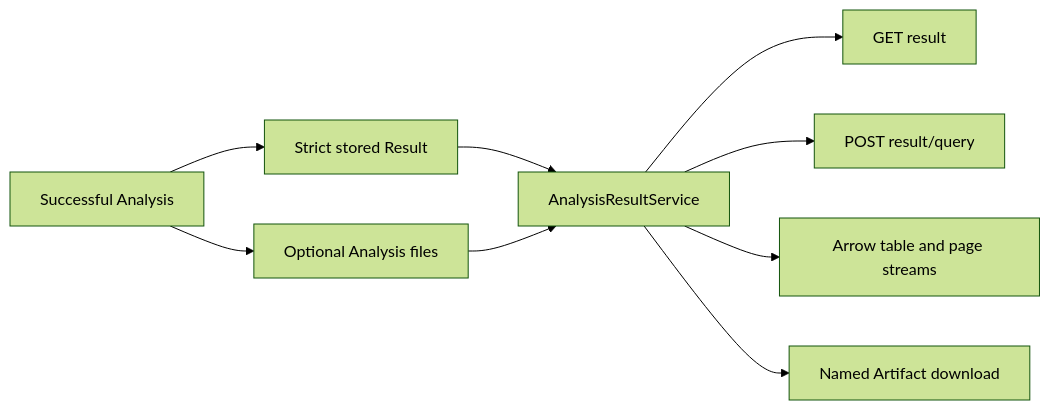
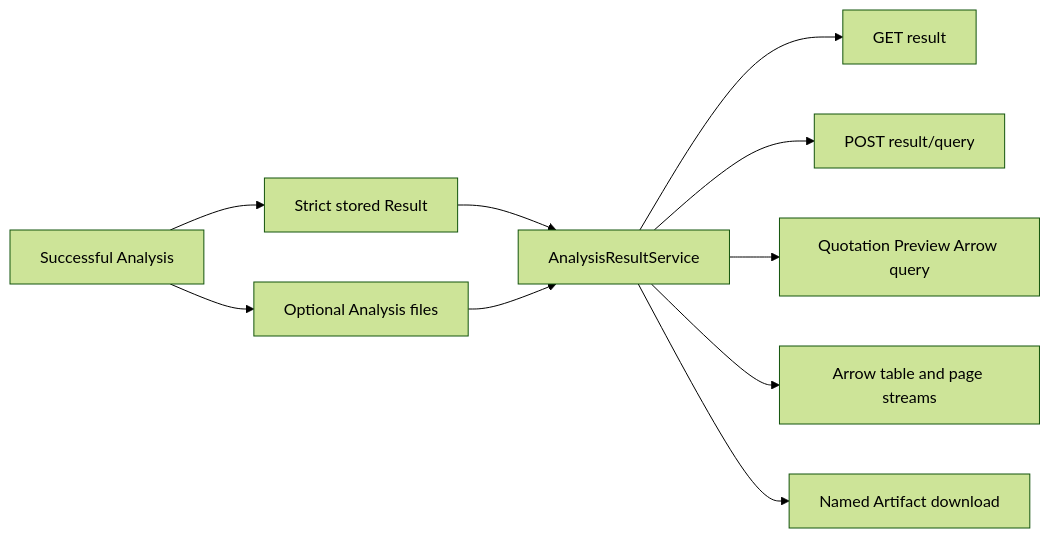
The fifth of 5 diagrams in docs/architecture/backend/analysis-data-flow.md (Australian-Text-Analytics-Platform/ldaca_web_app), drawn with Mermaid (forest theme) before and after one commit. The commit also changed other lines of this file and 39 other files, not shown here.

Commit message:
fix(quotation): unify preview and review Arrow pipeline

````diff
--- a/docs/architecture/backend/analysis-data-flow.md
+++ b/docs/architecture/backend/analysis-data-flow.md
@@ -156,11 +160,12 @@
 ```mermaid
 flowchart LR
     RECORD["Successful Analysis"] --> STORED["Strict stored Result"]
     RECORD --> FILES["Optional Analysis files"]
     STORED --> SERVICE["AnalysisResultService"]
     FILES --> SERVICE
     SERVICE --> DEFAULT["GET result"]
     SERVICE --> QUERY["POST result/query"]
+    SERVICE --> PREVIEW["Quotation Preview Arrow query"]
     SERVICE --> TABLE["Arrow table and page streams"]
     SERVICE --> DOWNLOAD["Named Artifact download"]
 ```
````
